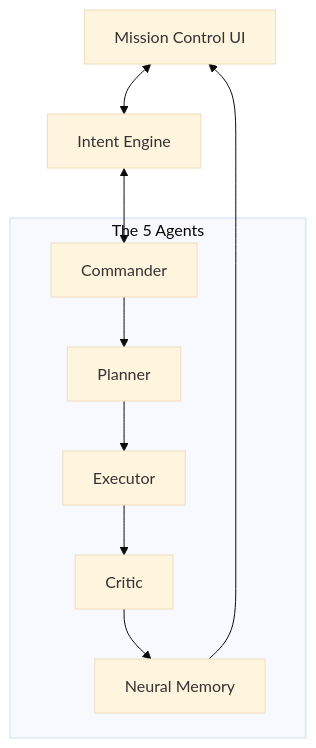
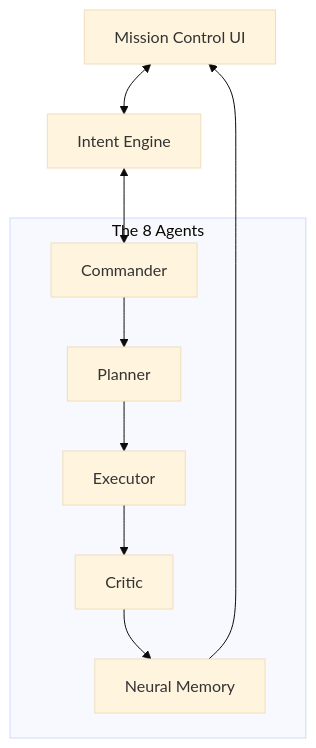
Before and after one commit to heatblaze/Aura_OS: the diagram in README.md, drawn with Mermaid (base theme). The commit also changed other lines of this file, not shown here.

Commit message:
Change Aura OS core from 5-Agent to 8-Agent
Updated the description of Aura OS to reflect the new 8-Agent Core architecture.

````diff
--- a/README.md
+++ b/README.md
@@ -28,18 +28,18 @@
 ```mermaid
 graph TD
     UI[Mission Control UI] <--> IE[Intent Engine]
     IE <--> CM[Commander]
     CM --> PL[Planner]
     PL --> EX[Executor]
     EX --> CR[Critic]
     CR --> ME[Neural Memory]
     ME --> UI
     
-    subgraph "The 5 Agents"
+    subgraph "The 8 Agents"
         CM
         PL
         EX
         ME
         CR
     end
 ```
````
